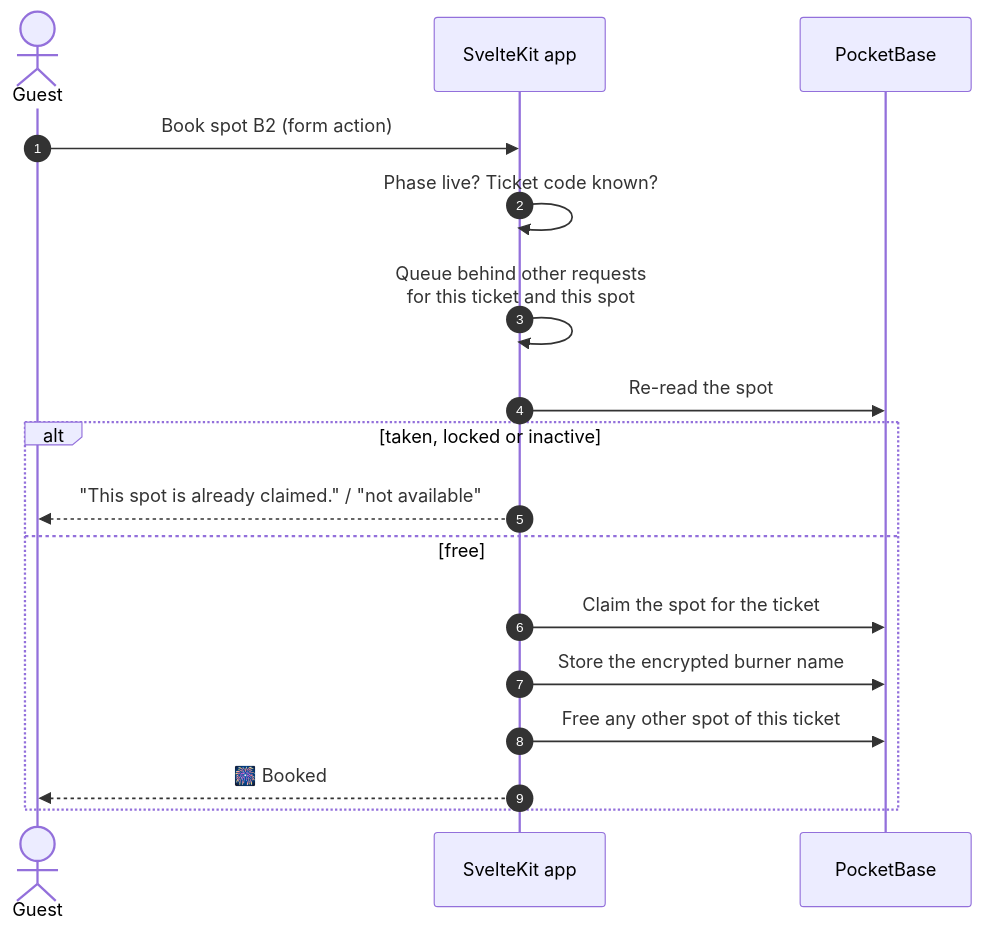
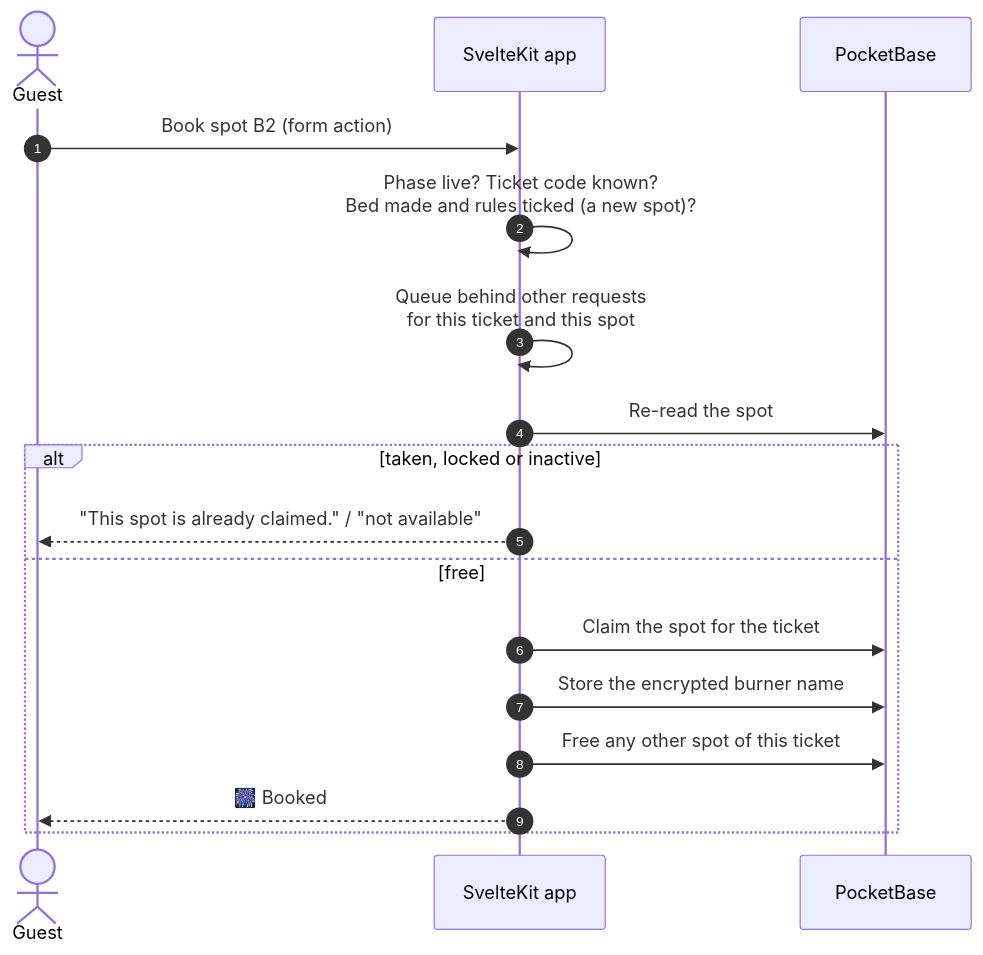
One commit to MorpheusMXML/hamburn-cozynights changed the third of 3 diagrams in docs/reference/architecture.md. Above: the diagram before and after it, drawn with Mermaid. The commit also changed other lines of this file and 7 other files, not shown here.

First line of the commit message:
docs: make your bed and the rules tick in the guides

````diff
--- a/docs/reference/architecture.md
+++ b/docs/reference/architecture.md
@@ -193,19 +193,19 @@
 ```mermaid
 sequenceDiagram
   autonumber
   actor Guest
   participant App as SvelteKit app
   participant DB as PocketBase
   Guest->>App: Book spot B2 (form action)
-  App->>App: Phase live? Ticket code known?
+  App->>App: Phase live? Ticket code known?<br/>Bed made and rules ticked (a new spot)?
   App->>App: Queue behind other requests<br/>for this ticket and this spot
   App->>DB: Re-read the spot
   alt taken, locked or inactive
     App-->>Guest: "This spot is already claimed." / "not available"
   else free
     App->>DB: Claim the spot for the ticket
     App->>DB: Store the encrypted burner name
     App->>DB: Free any other spot of this ticket
     App-->>Guest: 🎆 Booked
   end
 ```
````
